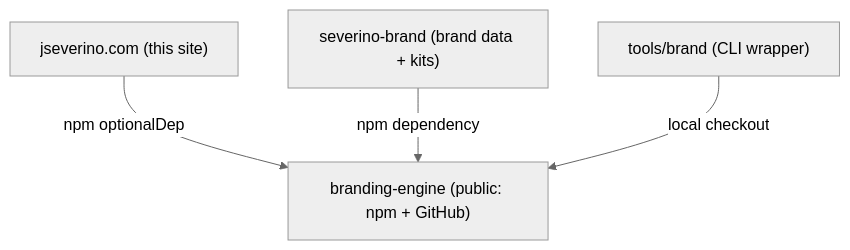
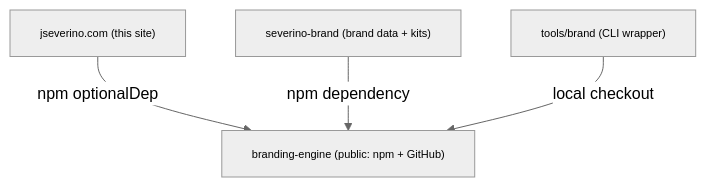
The diagram in docs/Brand-System.md (joeseverino/jseverino.com), drawn with Mermaid (neutral theme) before and after one commit. The commit also changed 6 other files, not shown here.

First line of the commit message:
doc: restore stable graph syntax and apply font-size scaling to Mermaid

````diff
--- a/docs/Brand-System.md
+++ b/docs/Brand-System.md
@@ -91,11 +91,13 @@
 ```mermaid
 graph TD
-    BE["branding-engine (public: npm + GitHub)  "]
-    JS["jseverino.com (this site)  "]
-    SB["severino-brand (brand data + kits)  "]
-    TB["tools/brand (CLI wrapper)  "]
+    BE["branding-engine (public: npm + GitHub)"]
+    JS["jseverino.com (this site)"]
+    SB["severino-brand (brand data + kits)"]
+    TB["tools/brand (CLI wrapper)"]
 
-    JS -->|npm optionalDep  | BE
-    SB -->|npm dependency  | BE
-    TB -->|local checkout  | BE
+    JS -->|npm optionalDep| BE
+    SB -->|npm dependency| BE
+    TB -->|local checkout| BE
+
+    classDef default font-size:11px;
 ```
````
